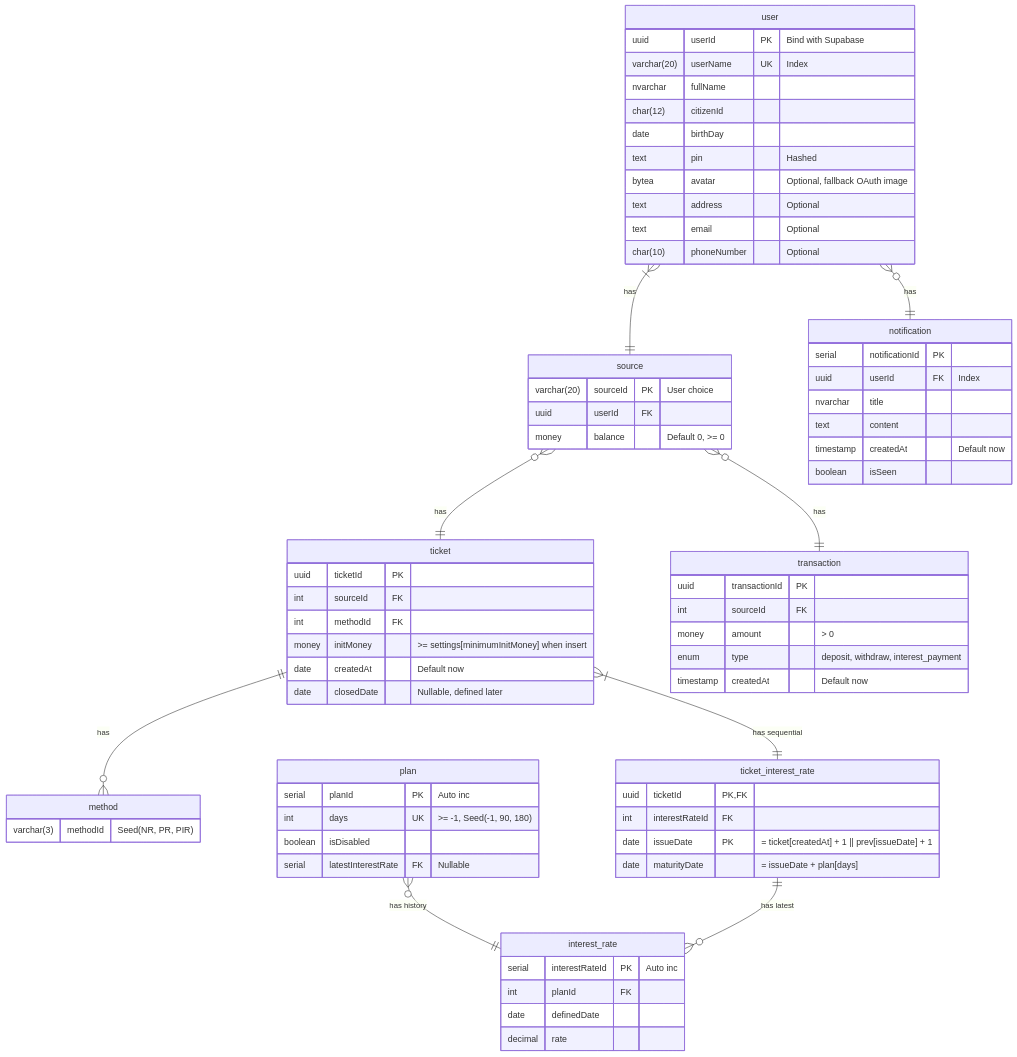
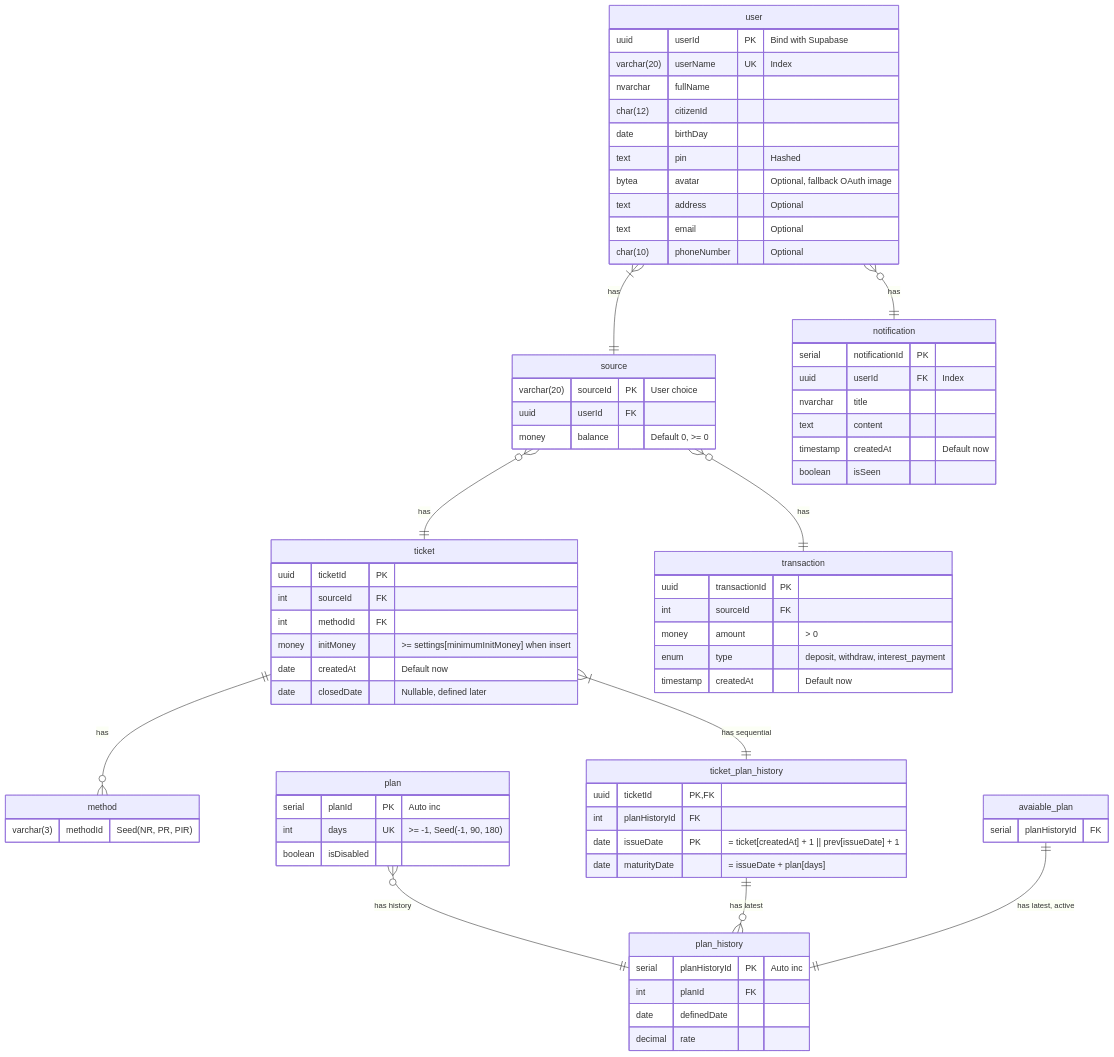
Before and after one commit to coinhub-uit/coinhub-uit.github.io: the first of 2 diagrams in docs/architecture/database.md, drawn with Mermaid. The commit also changed other lines of this file, not shown here.

Commit message:
feat: add avaiable_plan(mv), change interest rate to plan history

````diff
--- a/docs/architecture/database.md
+++ b/docs/architecture/database.md
@@ -34,8 +34,8 @@
     varchar(3) methodId "Seed(NR, PR, PIR)"
   }
 
-  interest_rate {
-    serial interestRateId PK "Auto inc"
+  plan_history {
+    serial planHistoryId PK "Auto inc"
     int planId FK
     date definedDate
     decimal rate
@@ -52,11 +52,9 @@
     date closedDate "Nullable, defined later"
   }
 
-  %% Use latest plan
-  %% The name is ambiguous
-  ticket_interest_rate {
+  ticket_plan_history {
     uuid ticketId PK,FK
-    int interestRateId FK
+    int planHistoryId FK
     date issueDate PK "= ticket[createdAt] + 1 || prev[issueDate] + 1"
     date maturityDate "= issueDate + plan[days]"
   }
@@ -65,7 +63,10 @@
     serial planId PK "Auto inc"
     int days UK ">= -1, Seed(-1, 90, 180)"
     boolean isDisabled
-    serial latestInterestRate FK "Nullable"
+  }
+
+  avaiable_plan {
+    serial planHistoryId FK
   }
 
   transaction {
@@ -90,7 +91,8 @@
   user }|--|| source : "has"
   source }o--|| ticket : "has"
   ticket ||--o{ method : "has"
-  ticket }|--|| ticket_interest_rate : "has sequential"
-  plan }o--|| interest_rate : "has history"
-  ticket_interest_rate ||--}o interest_rate : "has latest"
+  ticket }|--|| ticket_plan_history : "has sequential"
+  plan }o--|| plan_history : "has history"
+  ticket_plan_history ||--}o plan_history : "has latest"
+  avaiable_plan ||--|| plan_history : "has latest, active"
 ```
````
